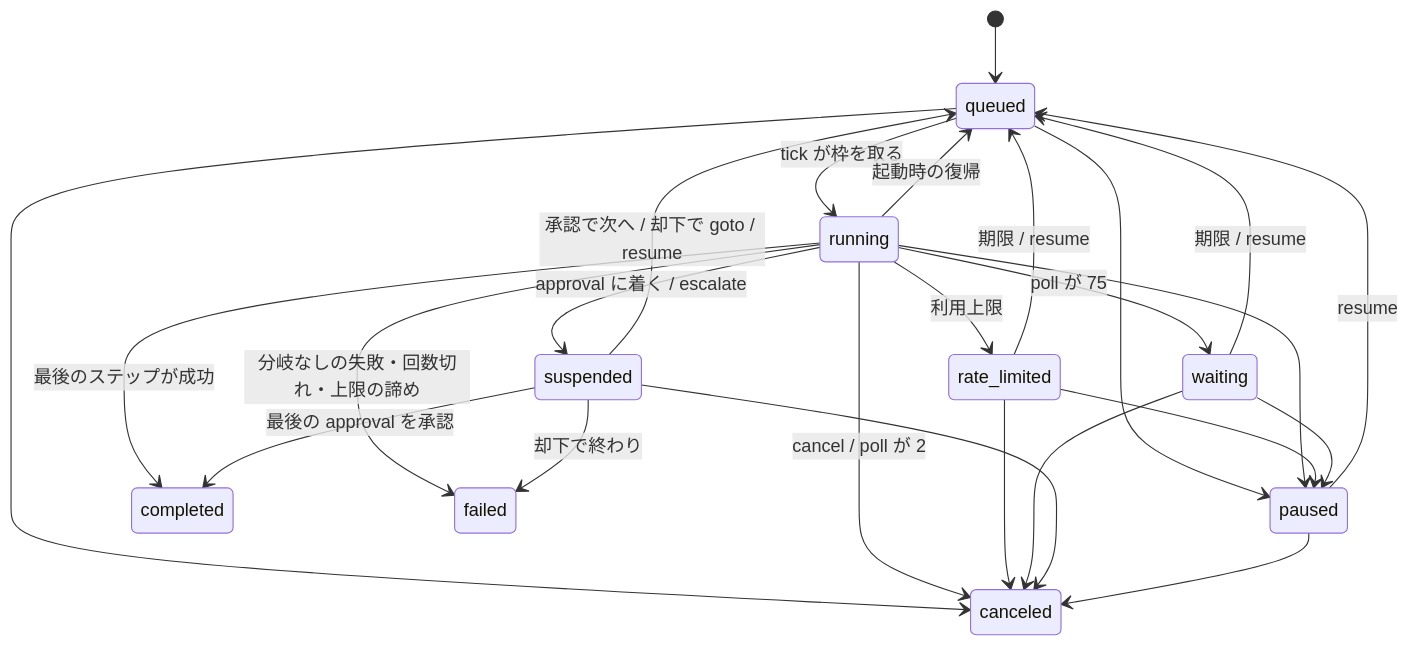
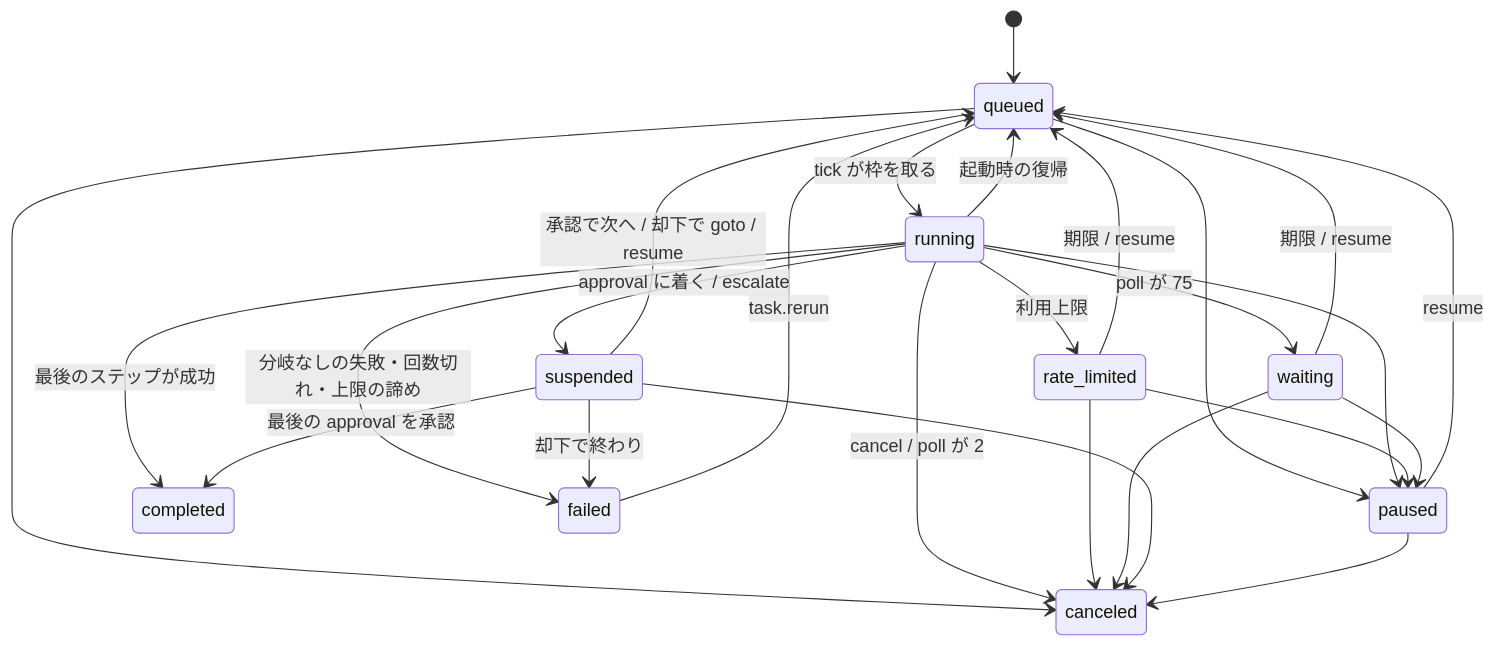
Before and after one commit to todokr/doctrine: the first of 2 diagrams in docs/developer-guide/03-workflow-engine.md, drawn with Mermaid. The commit also changed other lines of this file and 10 other files, not shown here.

First line of the commit message:
失敗したタスクを失敗したステップからやり直す task.rerun を足す (#295)

````diff
--- a/docs/developer-guide/03-workflow-engine.md
+++ b/docs/developer-guide/03-workflow-engine.md
@@ -87,27 +89,28 @@
 ```mermaid
 stateDiagram-v2
   [*] --> queued
   queued --> running: tick が枠を取る
   queued --> paused
   queued --> canceled
   running --> suspended: approval に着く / escalate
   running --> completed: 最後のステップが成功
   running --> failed: 分岐なしの失敗・回数切れ・上限の諦め
   running --> canceled: cancel / poll が 2
   running --> paused
   running --> rate_limited: 利用上限
   running --> waiting: poll が 75
   running --> queued: 起動時の復帰
   rate_limited --> queued: 期限 / resume
   waiting --> queued: 期限 / resume
   rate_limited --> paused
   rate_limited --> canceled
   waiting --> paused
   waiting --> canceled
   suspended --> queued: 承認で次へ / 却下で goto / resume
   suspended --> completed: 最後の approval を承認
   suspended --> failed: 却下で終わり
   suspended --> canceled
   paused --> queued: resume
   paused --> canceled
+  failed --> queued: task.rerun
 ```
````
